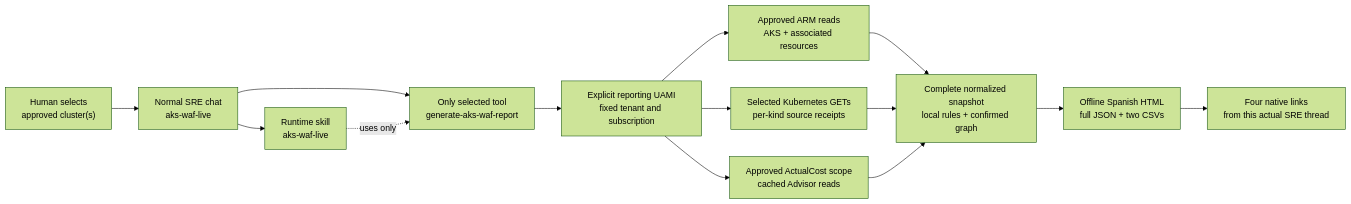
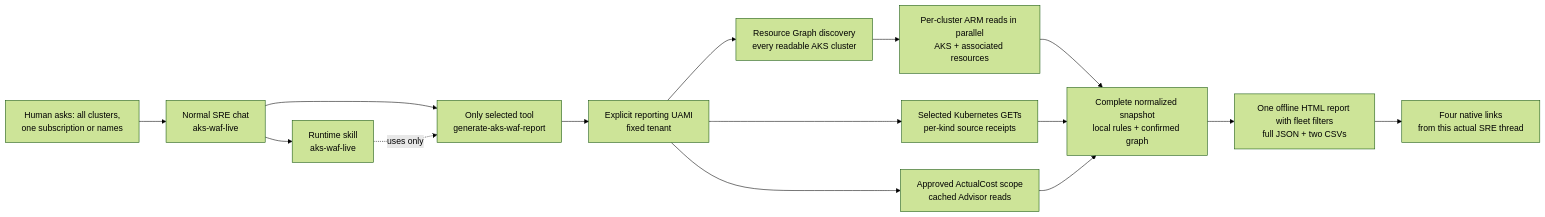
Before and after one commit to marioaguileraaa/sre-agent-use-cases: the first of 3 diagrams in kit-aks-databricks-es/01-aks-well-architected-review/README.md, drawn with Mermaid (forest theme). The commit also changed other lines of this file and 73 other files, not shown here.

First line of the commit message:
Spanish kit: fleet model with the same tools as cases 04 and 08

````diff
--- a/kit-aks-databricks-es/01-aks-well-architected-review/README.md
+++ b/kit-aks-databricks-es/01-aks-well-architected-review/README.md
@@ -151,16 +180,17 @@
 ```mermaid
 flowchart LR
-    H["Human selects<br/>approved cluster(s)"] --> C["Normal SRE chat<br/>aks-waf-live"]
+    H["Human asks: all clusters,<br/>one subscription or names"] --> C["Normal SRE chat<br/>aks-waf-live"]
     C --> S["Runtime skill<br/>aks-waf-live"]
     C --> T["Only selected tool<br/>generate-aks-waf-report"]
     S -.->|"uses only"| T
-    T --> I["Explicit reporting UAMI<br/>fixed tenant and subscription"]
-    I --> A["Approved ARM reads<br/>AKS + associated resources"]
+    T --> I["Explicit reporting UAMI<br/>fixed tenant"]
+    I --> G["Resource Graph discovery<br/>every readable AKS cluster"]
+    G --> A["Per-cluster ARM reads in parallel<br/>AKS + associated resources"]
     I --> K["Selected Kubernetes GETs<br/>per-kind source receipts"]
     I --> F["Approved ActualCost scope<br/>cached Advisor reads"]
     A --> M["Complete normalized snapshot<br/>local rules + confirmed graph"]
     K --> M
     F --> M
-    M --> R["Offline Spanish HTML<br/>full JSON + two CSVs"]
+    M --> R["One offline HTML report with fleet filters<br/>full JSON + two CSVs"]
     R --> D["Four native links<br/>from this actual SRE thread"]
 ```
````
